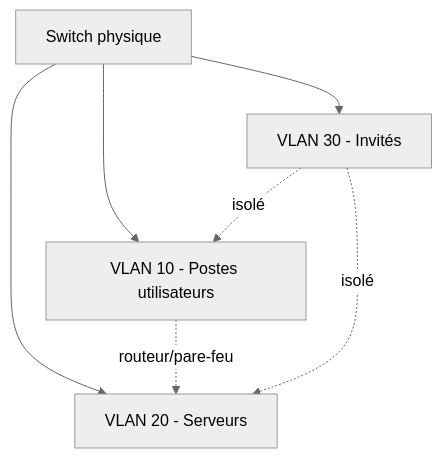
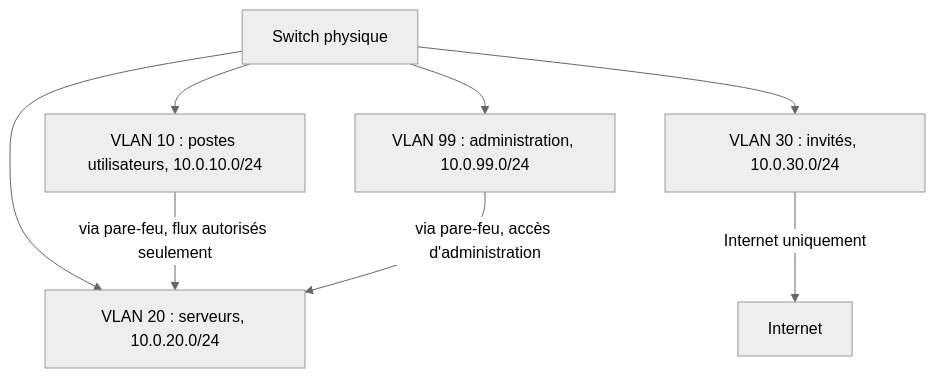
Before and after one commit to AureDulvresse/nyx: the second of 3 diagrams in content/courses/reseaux/05-equipements-reseau-vlans.md, drawn with Mermaid (neutral theme). The commit also changed other lines of this file and 167 other files, not shown here.

````diff
--- a/content/courses/reseaux/05-equipements-reseau-vlans.md
+++ b/content/courses/reseaux/05-equipements-reseau-vlans.md
@@ -40,10 +93,10 @@
 ```mermaid
-graph TD
-    SW[Switch physique]
-    SW --> V10[VLAN 10 - Postes utilisateurs]
-    SW --> V20[VLAN 20 - Serveurs]
-    SW --> V30[VLAN 30 - Invités]
-    V10 -.routeur/pare-feu.-> V20
-    V30 -.isolé.-> V10
-    V30 -.isolé.-> V20
+flowchart TD
+    SW["Switch physique"] --> V10["VLAN 10 : postes utilisateurs, 10.0.10.0/24"]
+    SW --> V20["VLAN 20 : serveurs, 10.0.20.0/24"]
+    SW --> V30["VLAN 30 : invités, 10.0.30.0/24"]
+    SW --> V99["VLAN 99 : administration, 10.0.99.0/24"]
+    V10 -- "via pare-feu, flux autorisés seulement" --> V20
+    V99 -- "via pare-feu, accès d'administration" --> V20
+    V30 -- "Internet uniquement" --> NET["Internet"]
 ```
````
